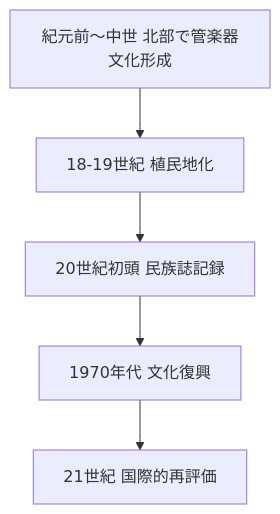
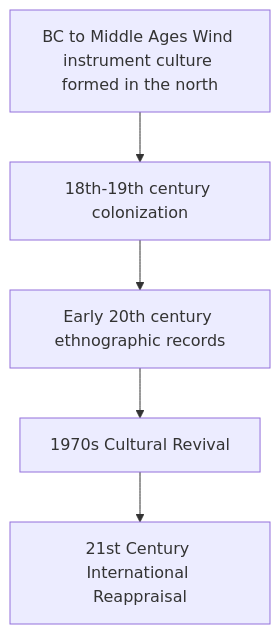
The first of 2 diagrams in en/_posts/2026-01-16-column-didgeridoo-sound.md (monumental-movement/monumental-movement.github.io), drawn with Mermaid before and after one commit. The commit also changed other lines of this file and 801 other files, not shown here.

```diff
--- a/en/_posts/2026-01-16-column-didgeridoo-sound.md
+++ b/en/_posts/2026-01-16-column-didgeridoo-sound.md
@@ -139,7 +139,7 @@
 <div class="mermaid">
 flowchart TD
-    A[紀元前〜中世 北部で管楽器文化形成] --> B[18-19世紀 植民地化]
-    B --> C[20世紀初頭 民族誌記録]
-    C --> D[1970年代 文化復興]
-    D --> E[21世紀 国際的再評価]
+    A[BC to Middle Ages Wind instrument culture formed in the north] --> B[18th-19th century colonization]
+    B --> C[Early 20th century ethnographic records]
+    C --> D[1970s Cultural Revival]
+    D --> E[21st Century International Reappraisal]
 </div>
```
